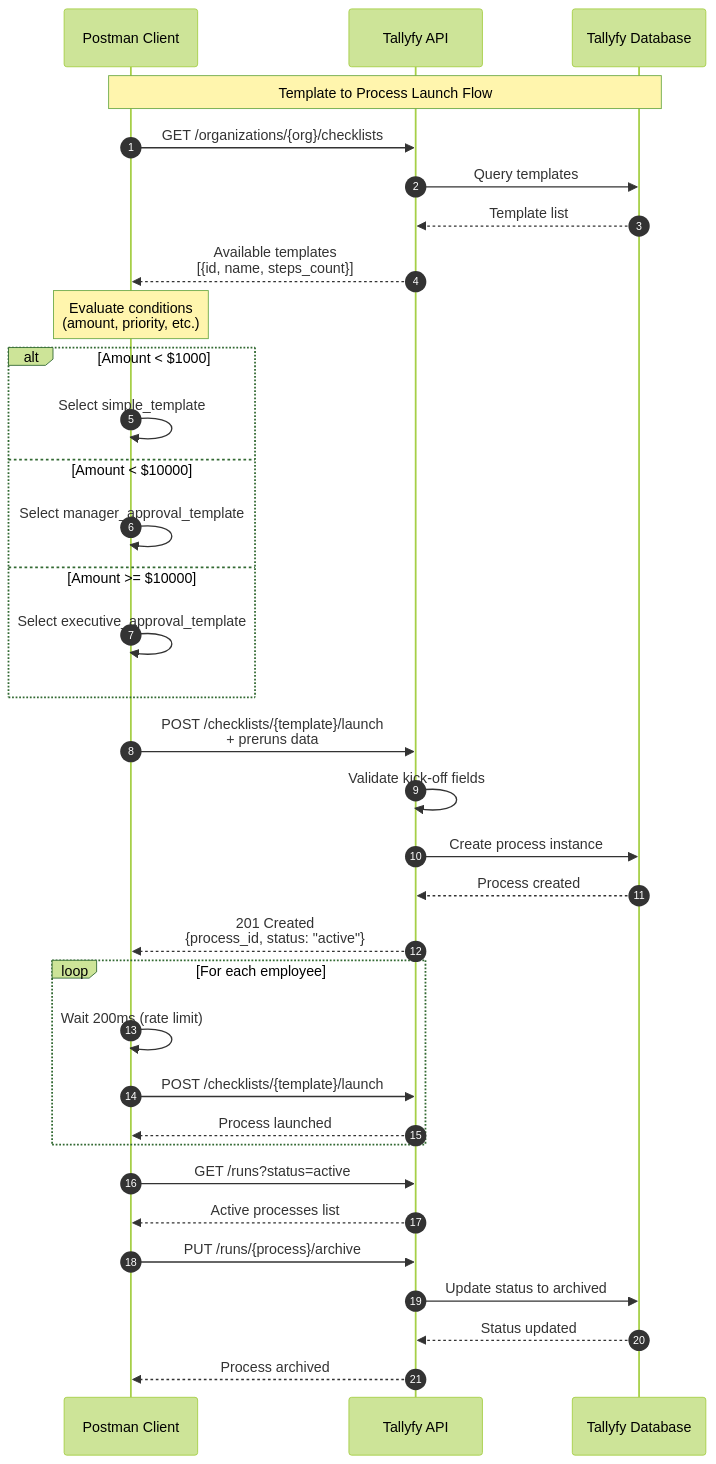
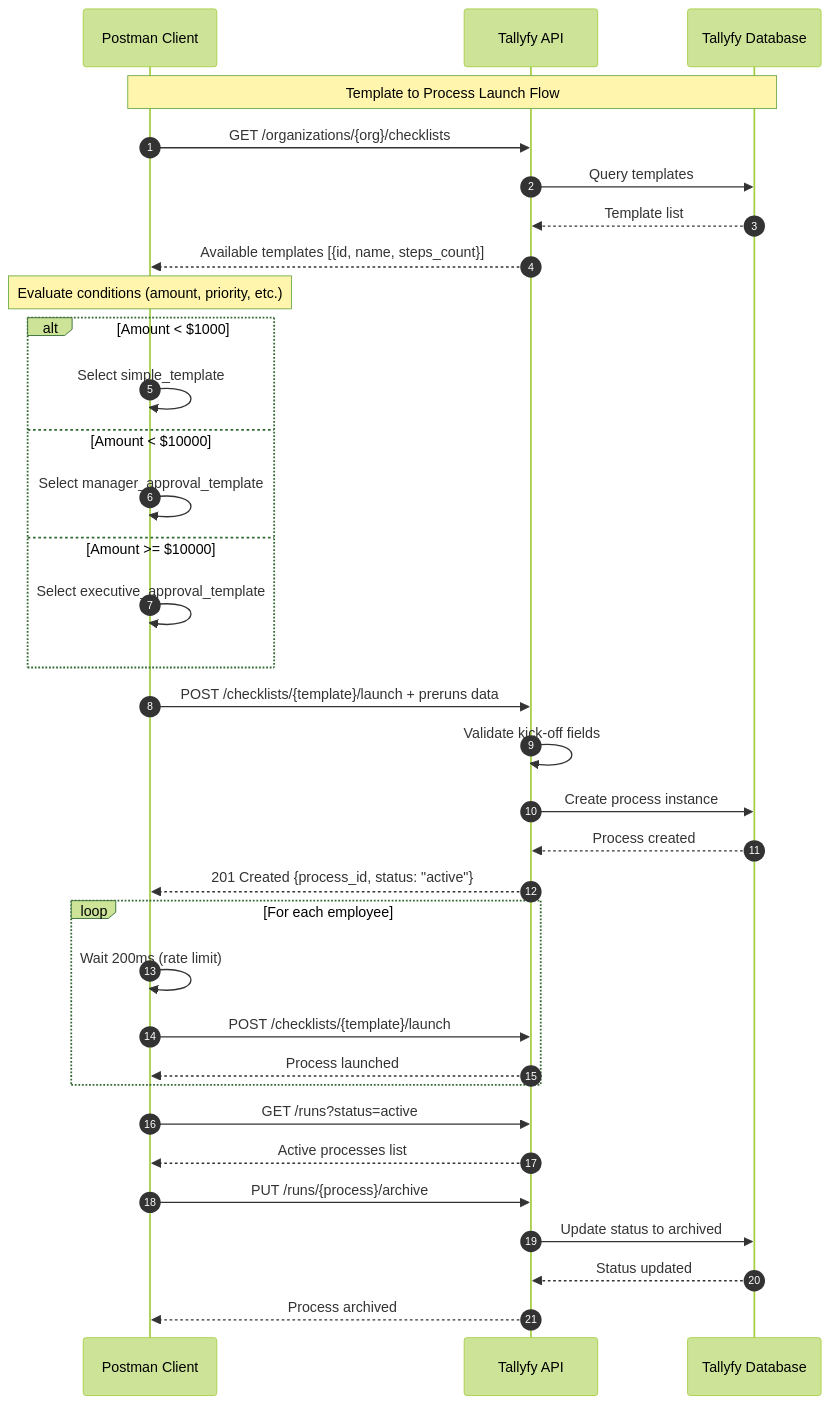
One commit to tallyfy/documentation changed the diagram in src/content/docs/pro/integrations/open-api/api-clients/postman/templates-processes.mdx. Above: the diagram before and after it, drawn with Mermaid (forest theme). The commit also changed 46 other files, not shown here.

Commit message:
Update Mermaid notation

````diff
--- a/src/content/docs/pro/integrations/open-api/api-clients/postman/templates-processes.mdx
+++ b/src/content/docs/pro/integrations/open-api/api-clients/postman/templates-processes.mdx
@@ -28,48 +28,48 @@
 ```mermaid
 sequenceDiagram
-    autonumber
-    participant P as Postman Client
-    participant T as Tallyfy API
-    participant DB as Tallyfy Database
-    
-    Note over P,DB: Template to Process Launch Flow
-    
-    %% List available templates
-    P->>T: GET /organizations/{org}/checklists
-    T->>DB: Query templates
-    DB-->>T: Template list
-    T-->>P: Available templates<br/>[{id, name, steps_count}]
-    
-    %% Conditional template selection
-    Note over P: Evaluate conditions<br/>(amount, priority, etc.)
-    alt Amount < $1000
-        P->>P: Select simple_template
-    else Amount < $10000
-        P->>P: Select manager_approval_template
-    else Amount >= $10000
-        P->>P: Select executive_approval_template
-    end
-    
-    %% Launch process with kick-off form
-    P->>T: POST /checklists/{template}/launch<br/>+ preruns data
-    T->>T: Validate kick-off fields
-    T->>DB: Create process instance
-    DB-->>T: Process created
-    T-->>P: 201 Created<br/>{process_id, status: "active"}
-    
-    %% Bulk launch pattern
-    loop For each employee
-        P->>P: Wait 200ms (rate limit)
-        P->>T: POST /checklists/{template}/launch
-        T-->>P: Process launched
-    end
-    
-    %% Process monitoring
-    P->>T: GET /runs?status=active
-    T-->>P: Active processes list
-    
-    P->>T: PUT /runs/{process}/archive
-    T->>DB: Update status to archived
-    DB-->>T: Status updated
-    T-->>P: Process archived
+ autonumber
+ participant P as Postman Client
+ participant T as Tallyfy API
+ participant DB as Tallyfy Database
+ 
+ Note over P,DB: Template to Process Launch Flow
+ 
+ %% List available templates
+ P->>T: GET /organizations/{org}/checklists
+ T->>DB: Query templates
+ DB-->>T: Template list
+ T-->>P: Available templates [{id, name, steps_count}]
+ 
+ %% Conditional template selection
+ Note over P: Evaluate conditions (amount, priority, etc.)
+ alt Amount < $1000
+ P->>P: Select simple_template
+ else Amount < $10000
+ P->>P: Select manager_approval_template
+ else Amount >= $10000
+ P->>P: Select executive_approval_template
+ end
+ 
+ %% Launch process with kick-off form
+ P->>T: POST /checklists/{template}/launch + preruns data
+ T->>T: Validate kick-off fields
+ T->>DB: Create process instance
+ DB-->>T: Process created
+ T-->>P: 201 Created {process_id, status: "active"}
+ 
+ %% Bulk launch pattern
+ loop For each employee
+ P->>P: Wait 200ms (rate limit)
+ P->>T: POST /checklists/{template}/launch
+ T-->>P: Process launched
+ end
+ 
+ %% Process monitoring
+ P->>T: GET /runs?status=active
+ T-->>P: Active processes list
+ 
+ P->>T: PUT /runs/{process}/archive
+ T->>DB: Update status to archived
+ DB-->>T: Status updated
+ T-->>P: Process archived
 ```
````
